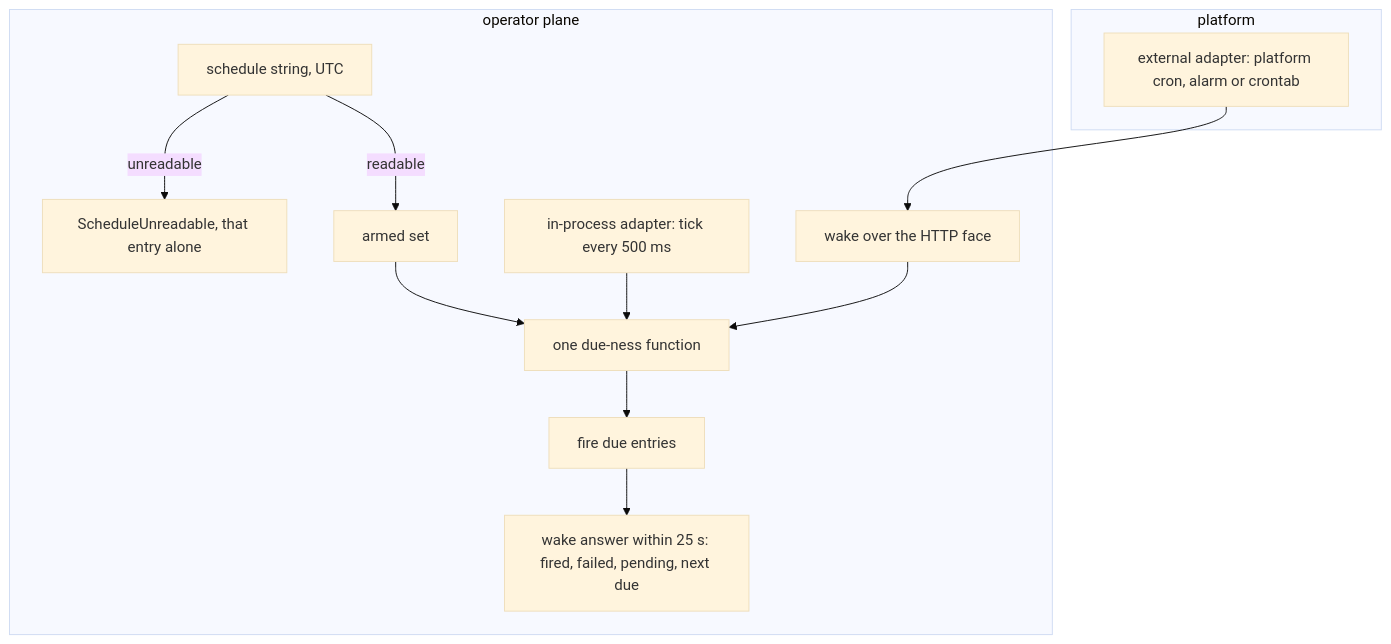
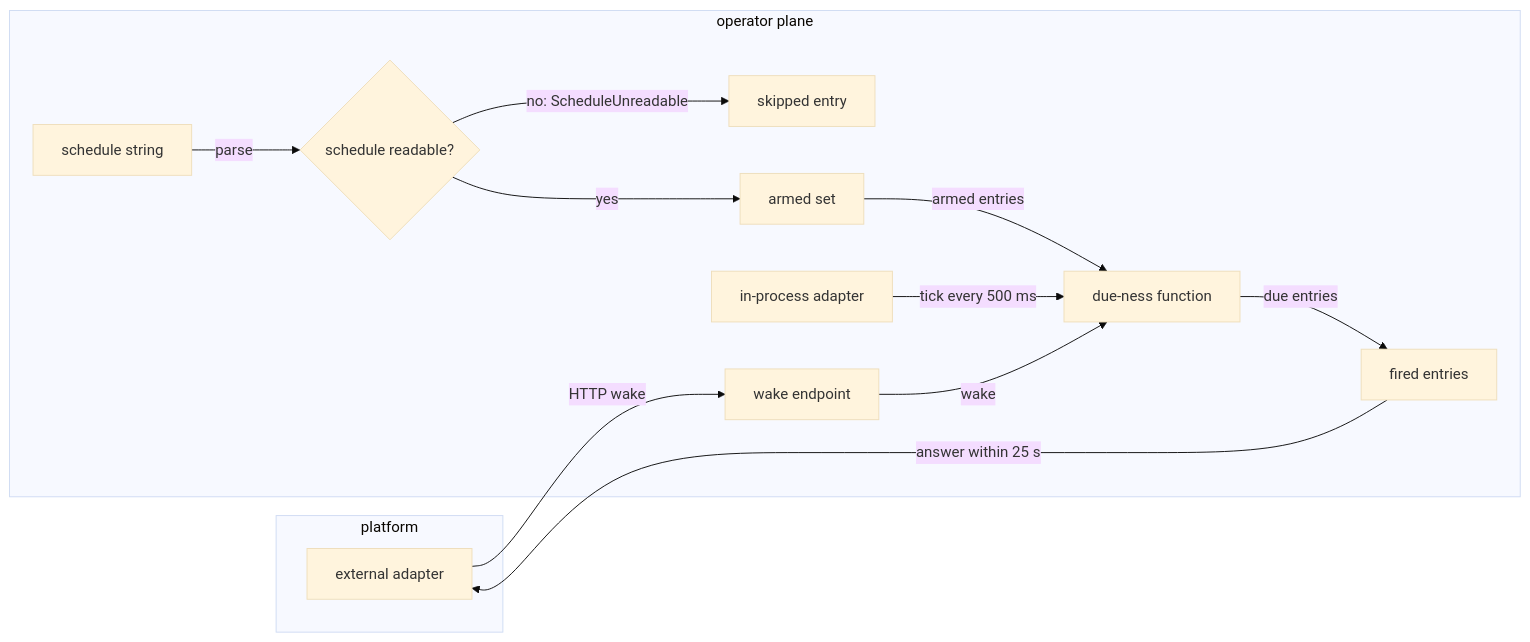
Before and after one commit to fractalboxdev/contextful: the second of 5 diagrams in spec/70-control-plane.md, drawn with Mermaid (base theme). The commit also changed other lines of this file and 44 other files, not shown here.

First line of the commit message:
spec: diagrams draw entities and flows, and the checker enforces it (#12)

````diff
--- a/spec/70-control-plane.md
+++ b/spec/70-control-plane.md
@@ -67,16 +74,25 @@
 ```mermaid
-flowchart TD
+flowchart LR
   subgraph platform["platform"]
-    EXT["external adapter: platform cron, alarm or crontab"]
+    EXT["external adapter"]
   end
   subgraph plane["operator plane"]
-    SCH["schedule string, UTC"] -- "unreadable" --> E1["ScheduleUnreadable, that entry alone"]
-    SCH -- "readable" --> SET["armed set"]
-    IP["in-process adapter: tick every 500 ms"] --> DUE["one due-ness function"]
-    WAKE["wake over the HTTP face"] --> DUE
-    SET --> DUE
-    DUE --> FIRE["fire due entries"]
-    FIRE --> ANS["wake answer within 25 s: fired, failed, pending, next due"]
+    SCH["schedule string"]
+    OK{"schedule readable?"}
+    SKIP["skipped entry"]
+    SET["armed set"]
+    IP["in-process adapter"]
+    WAKE["wake endpoint"]
+    DUE["due-ness function"]
+    FIRED["fired entries"]
   end
-  EXT --> WAKE
+  SCH -- "parse" --> OK
+  OK -- "no: ScheduleUnreadable" --> SKIP
+  OK -- "yes" --> SET
+  IP -- "tick every 500 ms" --> DUE
+  EXT -- "HTTP wake" --> WAKE
+  WAKE -- "wake" --> DUE
+  SET -- "armed entries" --> DUE
+  DUE -- "due entries" --> FIRED
+  FIRED -- "answer within 25 s" --> EXT
 ```
````
